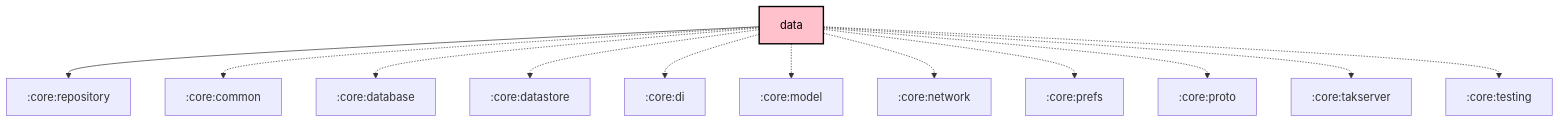
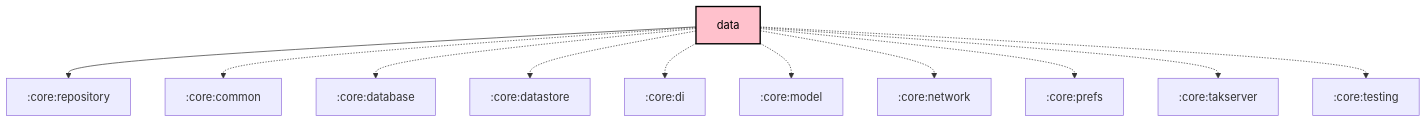
One commit to meshtastic/Meshtastic-Android changed the diagram in core/data/README.md. Above: the diagram before and after it, drawn with Mermaid. The commit also changed 17 other files, not shown here.

First line of the commit message:
chore: Scheduled updates (Firmware, Hardware, Translations, Graphs)

````diff
--- a/core/data/README.md
+++ b/core/data/README.md
@@ -20,29 +20,28 @@
 ```mermaid
 graph TB
   :core:data[data]:::kmp-library
   :core:data --> :core:repository
   :core:data -.-> :core:common
   :core:data -.-> :core:database
   :core:data -.-> :core:datastore
   :core:data -.-> :core:di
   :core:data -.-> :core:model
   :core:data -.-> :core:network
   :core:data -.-> :core:prefs
-  :core:data -.-> :core:proto
   :core:data -.-> :core:takserver
   :core:data -.-> :core:testing
 
 classDef android-application fill:#CAFFBF,stroke:#000,stroke-width:2px,color:#000;
 classDef android-application-compose fill:#CAFFBF,stroke:#000,stroke-width:2px,color:#000;
 classDef compose-desktop-application fill:#CAFFBF,stroke:#000,stroke-width:2px,color:#000;
 classDef android-feature fill:#FFD6A5,stroke:#000,stroke-width:2px,color:#000;
 classDef android-library fill:#9BF6FF,stroke:#000,stroke-width:2px,color:#000;
 classDef android-library-compose fill:#9BF6FF,stroke:#000,stroke-width:2px,color:#000;
 classDef android-test fill:#A0C4FF,stroke:#000,stroke-width:2px,color:#000;
 classDef jvm-library fill:#BDB2FF,stroke:#000,stroke-width:2px,color:#000;
 classDef kmp-feature fill:#FFD6A5,stroke:#000,stroke-width:2px,color:#000;
 classDef kmp-library-compose fill:#FFC1CC,stroke:#000,stroke-width:2px,color:#000;
 classDef kmp-library fill:#FFC1CC,stroke:#000,stroke-width:2px,color:#000;
 classDef unknown fill:#FFADAD,stroke:#000,stroke-width:2px,color:#000;
 
 ```
````
